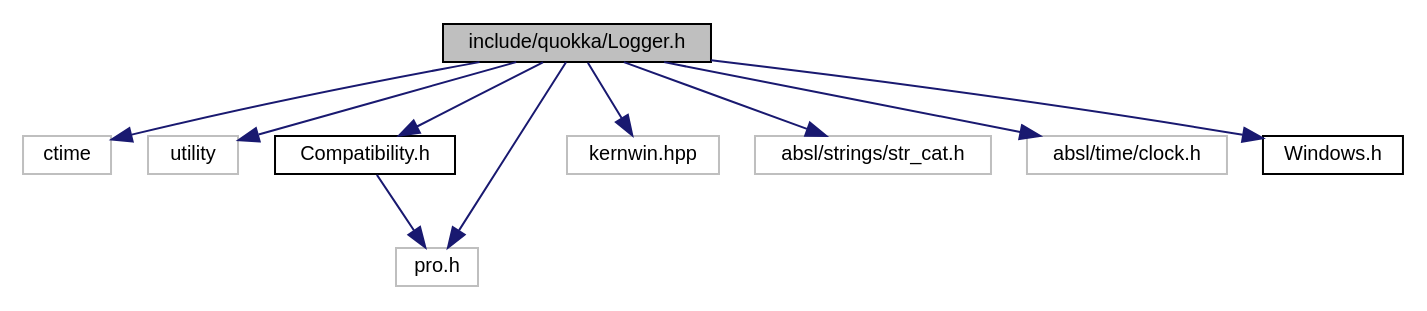
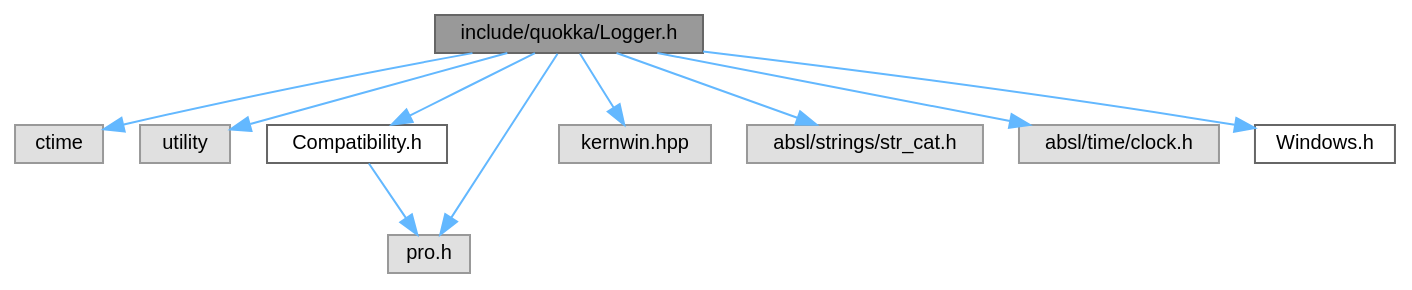
The diagram in reference/cpp/Logger_8h__incl.dot (quarkslab/quokka), drawn with Graphviz before and after one commit. The commit also changed 549 other files, not shown here.

```diff
--- a/reference/cpp/Logger_8h__incl.dot
+++ b/reference/cpp/Logger_8h__incl.dot
@@ -1,24 +1,25 @@
 digraph "include/quokka/Logger.h"
 {
  // LATEX_PDF_SIZE
-  edge [fontname="Helvetica",fontsize="10",labelfontname="Helvetica",labelfontsize="10"];
-  node [fontname="Helvetica",fontsize="10",shape=record];
-  Node1 [label="include/quokka/Logger.h",height=0.2,width=0.4,color="black", fillcolor="grey75", style="filled", fontcolor="black",tooltip=" "];
-  Node1 -> Node2 [color="midnightblue",fontsize="10",style="solid",fontname="Helvetica"];
-  Node2 [label="ctime",height=0.2,width=0.4,color="grey75", fillcolor="white", style="filled",tooltip=" "];
-  Node1 -> Node3 [color="midnightblue",fontsize="10",style="solid",fontname="Helvetica"];
-  Node3 [label="utility",height=0.2,width=0.4,color="grey75", fillcolor="white", style="filled",tooltip=" "];
-  Node1 -> Node4 [color="midnightblue",fontsize="10",style="solid",fontname="Helvetica"];
-  Node4 [label="Compatibility.h",height=0.2,width=0.4,color="black", fillcolor="white", style="filled",URL="$Compatibility_8h.html",tooltip=" "];
-  Node4 -> Node5 [color="midnightblue",fontsize="10",style="solid",fontname="Helvetica"];
-  Node5 [label="pro.h",height=0.2,width=0.4,color="grey75", fillcolor="white", style="filled",tooltip=" "];
-  Node1 -> Node5 [color="midnightblue",fontsize="10",style="solid",fontname="Helvetica"];
-  Node1 -> Node6 [color="midnightblue",fontsize="10",style="solid",fontname="Helvetica"];
-  Node6 [label="kernwin.hpp",height=0.2,width=0.4,color="grey75", fillcolor="white", style="filled",tooltip=" "];
-  Node1 -> Node7 [color="midnightblue",fontsize="10",style="solid",fontname="Helvetica"];
-  Node7 [label="absl/strings/str_cat.h",height=0.2,width=0.4,color="grey75", fillcolor="white", style="filled",tooltip=" "];
-  Node1 -> Node8 [color="midnightblue",fontsize="10",style="solid",fontname="Helvetica"];
-  Node8 [label="absl/time/clock.h",height=0.2,width=0.4,color="grey75", fillcolor="white", style="filled",tooltip=" "];
-  Node1 -> Node9 [color="midnightblue",fontsize="10",style="solid",fontname="Helvetica"];
-  Node9 [label="Windows.h",height=0.2,width=0.4,color="black", fillcolor="white", style="filled",URL="$Windows_8h.html",tooltip=" "];
+  bgcolor="transparent";
+  edge [fontname=Helvetica,fontsize=10,labelfontname=Helvetica,labelfontsize=10];
+  node [fontname=Helvetica,fontsize=10,shape=box,height=0.2,width=0.4];
+  Node1 [id="Node000001",label="include/quokka/Logger.h",height=0.2,width=0.4,color="gray40", fillcolor="grey60", style="filled", fontcolor="black",tooltip=" "];
+  Node1 -> Node2 [id="edge1_Node000001_Node000002",color="steelblue1",style="solid",tooltip=" "];
+  Node2 [id="Node000002",label="ctime",height=0.2,width=0.4,color="grey60", fillcolor="#E0E0E0", style="filled",tooltip=" "];
+  Node1 -> Node3 [id="edge2_Node000001_Node000003",color="steelblue1",style="solid",tooltip=" "];
+  Node3 [id="Node000003",label="utility",height=0.2,width=0.4,color="grey60", fillcolor="#E0E0E0", style="filled",tooltip=" "];
+  Node1 -> Node4 [id="edge3_Node000001_Node000004",color="steelblue1",style="solid",tooltip=" "];
+  Node4 [id="Node000004",label="Compatibility.h",height=0.2,width=0.4,color="grey40", fillcolor="white", style="filled",URL="$Compatibility_8h.html",tooltip=" "];
+  Node4 -> Node5 [id="edge4_Node000004_Node000005",color="steelblue1",style="solid",tooltip=" "];
+  Node5 [id="Node000005",label="pro.h",height=0.2,width=0.4,color="grey60", fillcolor="#E0E0E0", style="filled",tooltip=" "];
+  Node1 -> Node5 [id="edge5_Node000001_Node000005",color="steelblue1",style="solid",tooltip=" "];
+  Node1 -> Node6 [id="edge6_Node000001_Node000006",color="steelblue1",style="solid",tooltip=" "];
+  Node6 [id="Node000006",label="kernwin.hpp",height=0.2,width=0.4,color="grey60", fillcolor="#E0E0E0", style="filled",tooltip=" "];
+  Node1 -> Node7 [id="edge7_Node000001_Node000007",color="steelblue1",style="solid",tooltip=" "];
+  Node7 [id="Node000007",label="absl/strings/str_cat.h",height=0.2,width=0.4,color="grey60", fillcolor="#E0E0E0", style="filled",tooltip=" "];
+  Node1 -> Node8 [id="edge8_Node000001_Node000008",color="steelblue1",style="solid",tooltip=" "];
+  Node8 [id="Node000008",label="absl/time/clock.h",height=0.2,width=0.4,color="grey60", fillcolor="#E0E0E0", style="filled",tooltip=" "];
+  Node1 -> Node9 [id="edge9_Node000001_Node000009",color="steelblue1",style="solid",tooltip=" "];
+  Node9 [id="Node000009",label="Windows.h",height=0.2,width=0.4,color="grey40", fillcolor="white", style="filled",URL="$Windows_8h.html",tooltip=" "];
 }
```
